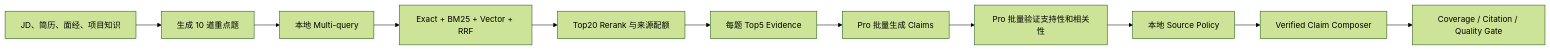
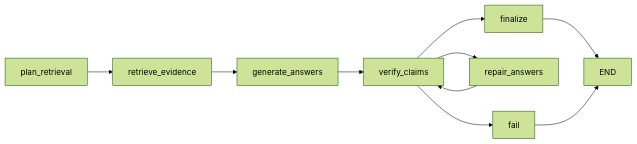
Before and after one commit to Yonhen233/CareerAgent: the fourth of 4 diagrams in docs/CAREER_AGENT_SYSTEM_DESIGN_AND_EVALUATION.md, drawn with Mermaid (forest theme). The commit also changed other lines of this file and 1 other file, not shown here.

````diff
--- a/docs/CAREER_AGENT_SYSTEM_DESIGN_AND_EVALUATION.md
+++ b/docs/CAREER_AGENT_SYSTEM_DESIGN_AND_EVALUATION.md
@@ -344,13 +2011,12 @@
 ```mermaid
 flowchart LR
-    A["JD、简历、面经、项目知识"] --> B["生成 10 道重点题"]
-    B --> C["本地 Multi-query"]
-    C --> D["Exact + BM25 + Vector + RRF"]
-    D --> E["Top20 Rerank 与来源配额"]
-    E --> F["每题 Top5 Evidence"]
-    F --> G["Pro 批量生成 Claims"]
-    G --> H["Pro 批量验证支持性和相关性"]
-    H --> I["本地 Source Policy"]
-    I --> J["Verified Claim Composer"]
-    J --> K["Coverage / Citation / Quality Gate"]
+    PLAN["plan_retrieval"] --> RETRIEVE["retrieve_evidence"]
+    RETRIEVE --> GENERATE["generate_answers"]
+    GENERATE --> VERIFY["verify_claims"]
+    VERIFY --> FINAL["finalize"]
+    VERIFY --> REPAIR["repair_answers"]
+    REPAIR --> VERIFY
+    VERIFY --> FAIL["fail"]
+    FINAL --> END
+    FAIL --> END
 ```
````
